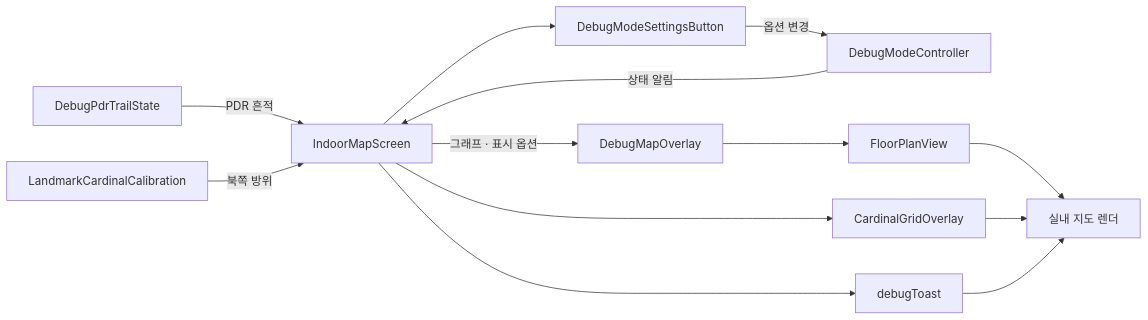
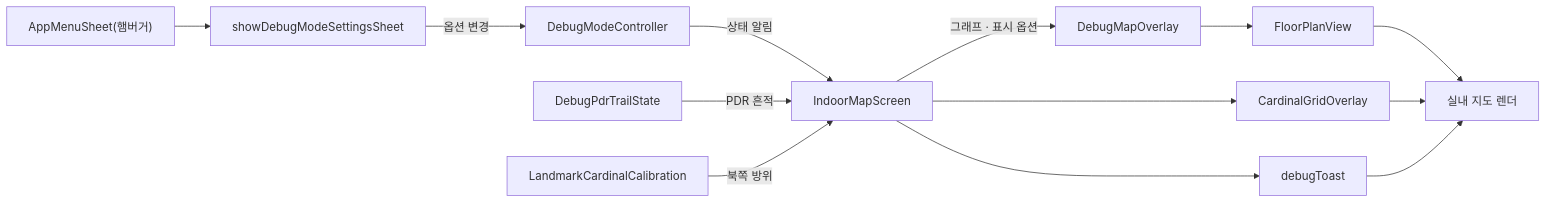
Before and after one commit to Routex-labs/Navigation: the diagram in client/lib/features/debug_mode/README.md, drawn with Mermaid. The commit also changed other lines of this file and 3 other files, not shown here.

````diff
--- a/client/lib/features/debug_mode/README.md
+++ b/client/lib/features/debug_mode/README.md
@@ -23,25 +29,26 @@
 ```mermaid
 flowchart LR
+    MENU["AppMenuSheet(햄버거)"]
     SCREEN["IndoorMapScreen"]
-    SHEET["DebugModeSettingsButton"]
+    SHEET["showDebugModeSettingsSheet"]
     CONTROLLER["DebugModeController"]
     MAP["DebugMapOverlay"]
     GRID["CardinalGridOverlay"]
     TRAIL["DebugPdrTrailState"]
     CAL["LandmarkCardinalCalibration"]
     TOAST["debugToast"]
     VIEW["FloorPlanView"]
     RENDER["실내 지도 렌더"]
 
-    SCREEN --> SHEET -->|"옵션 변경"| CONTROLLER
+    MENU --> SHEET -->|"옵션 변경"| CONTROLLER
     CONTROLLER -->|"상태 알림"| SCREEN
     TRAIL -->|"PDR 흔적"| SCREEN
     CAL -->|"북쪽 방위"| SCREEN
     SCREEN -->|"그래프 · 표시 옵션"| MAP
     MAP --> VIEW
     SCREEN --> GRID
     SCREEN --> TOAST
     VIEW --> RENDER
     GRID --> RENDER
     TOAST --> RENDER
 ```
````
